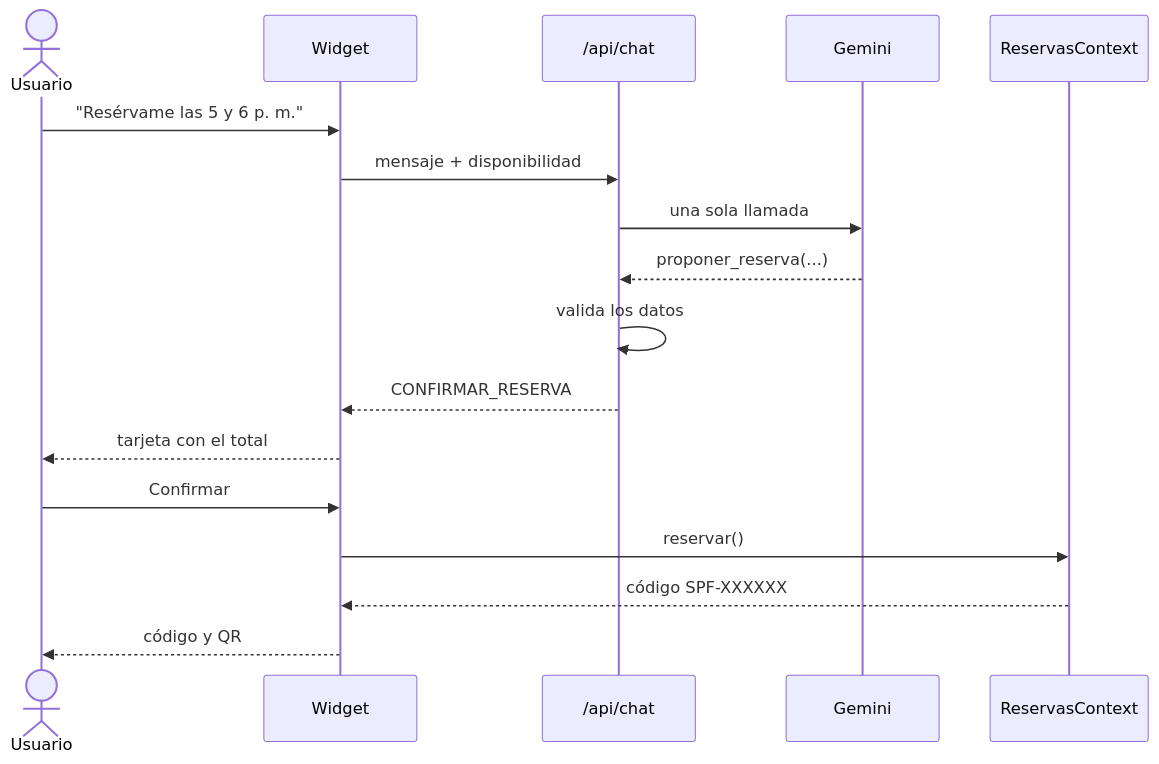
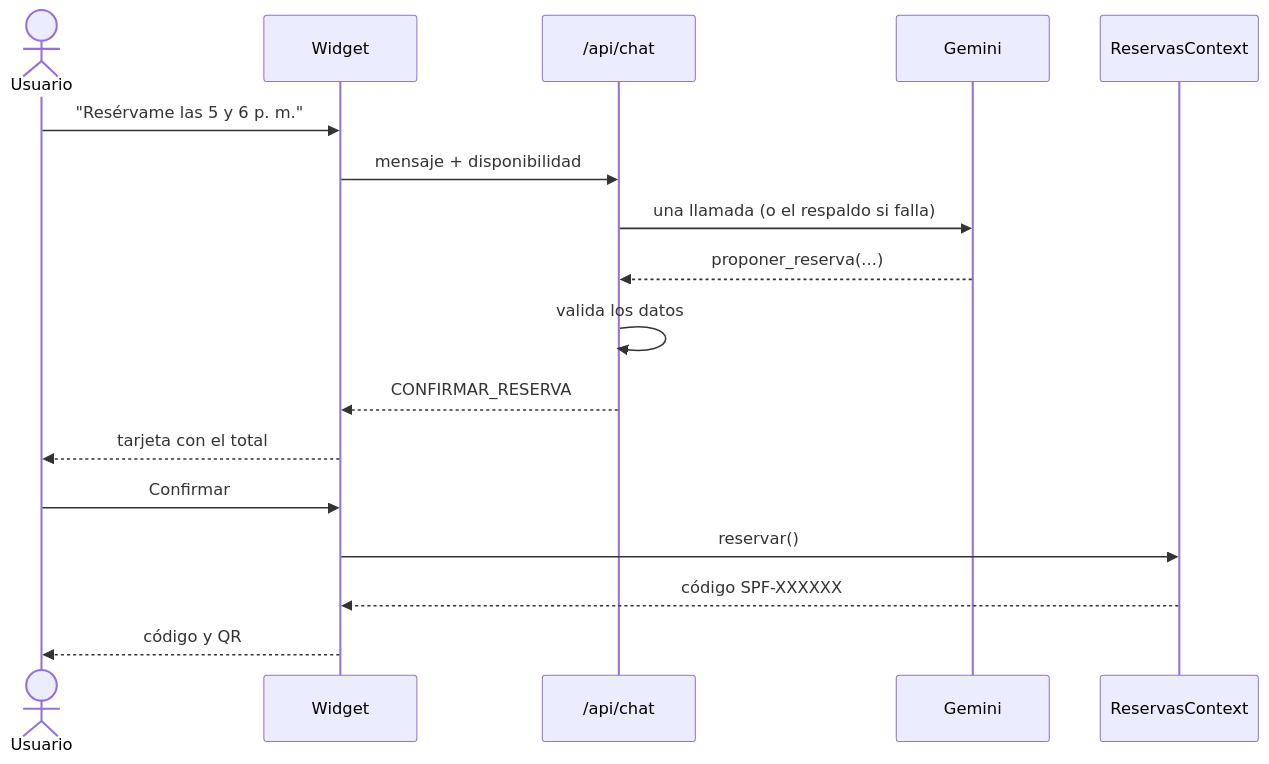
The second of 2 diagrams in README.md (JuanFierro15/ProyectoSportify), drawn with Mermaid before and after one commit. The commit also changed other lines of this file, not shown here.

Commit message:
docs: respaldo de modelo del asistente

````diff
--- a/README.md
+++ b/README.md
@@ -237,19 +246,19 @@
 ```mermaid
 sequenceDiagram
   actor U as Usuario
   participant W as Widget
   participant A as /api/chat
   participant G as Gemini
   participant R as ReservasContext
   U->>W: "Resérvame las 5 y 6 p. m."
   W->>A: mensaje + disponibilidad
-  A->>G: una sola llamada
+  A->>G: una llamada (o el respaldo si falla)
   G-->>A: proponer_reserva(...)
   A->>A: valida los datos
   A-->>W: CONFIRMAR_RESERVA
   W-->>U: tarjeta con el total
   U->>W: Confirmar
   W->>R: reservar()
   R-->>W: código SPF-XXXXXX
   W-->>U: código y QR
 ```
````
